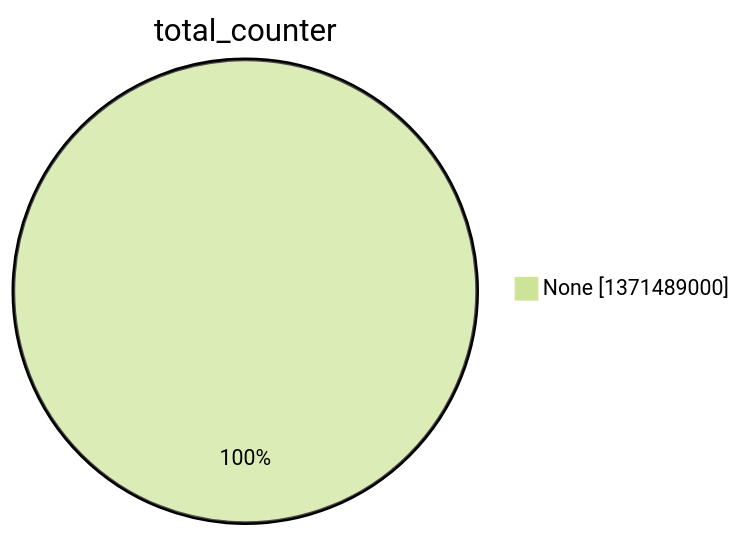
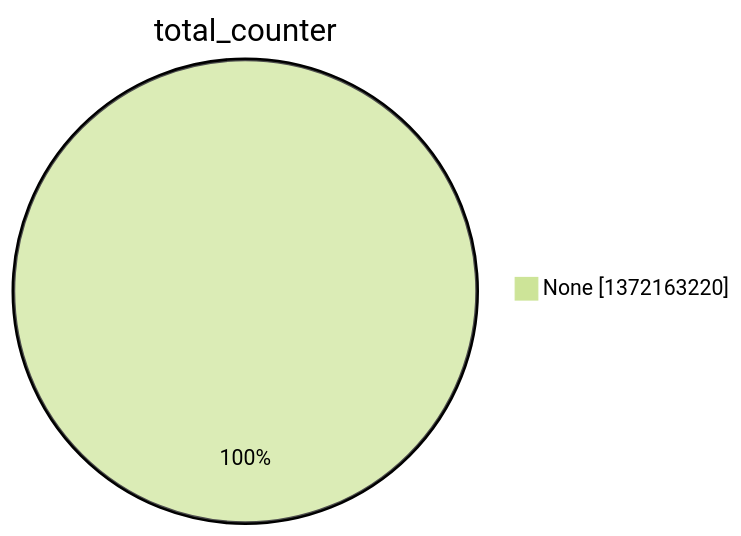
The second of 15 diagrams in argon2022/README.md (christiankrug/ctmonitor_visualization), drawn with Mermaid (forest theme) before and after one commit. The commit also changed other lines of this file, not shown here.

````diff
--- a/argon2022/README.md
+++ b/argon2022/README.md
@@ -9,5 +9,5 @@
 ```mermaid
 pie showData
 title total_counter
-"None" :1371489000
+"None" :1372163220
 ```
````
